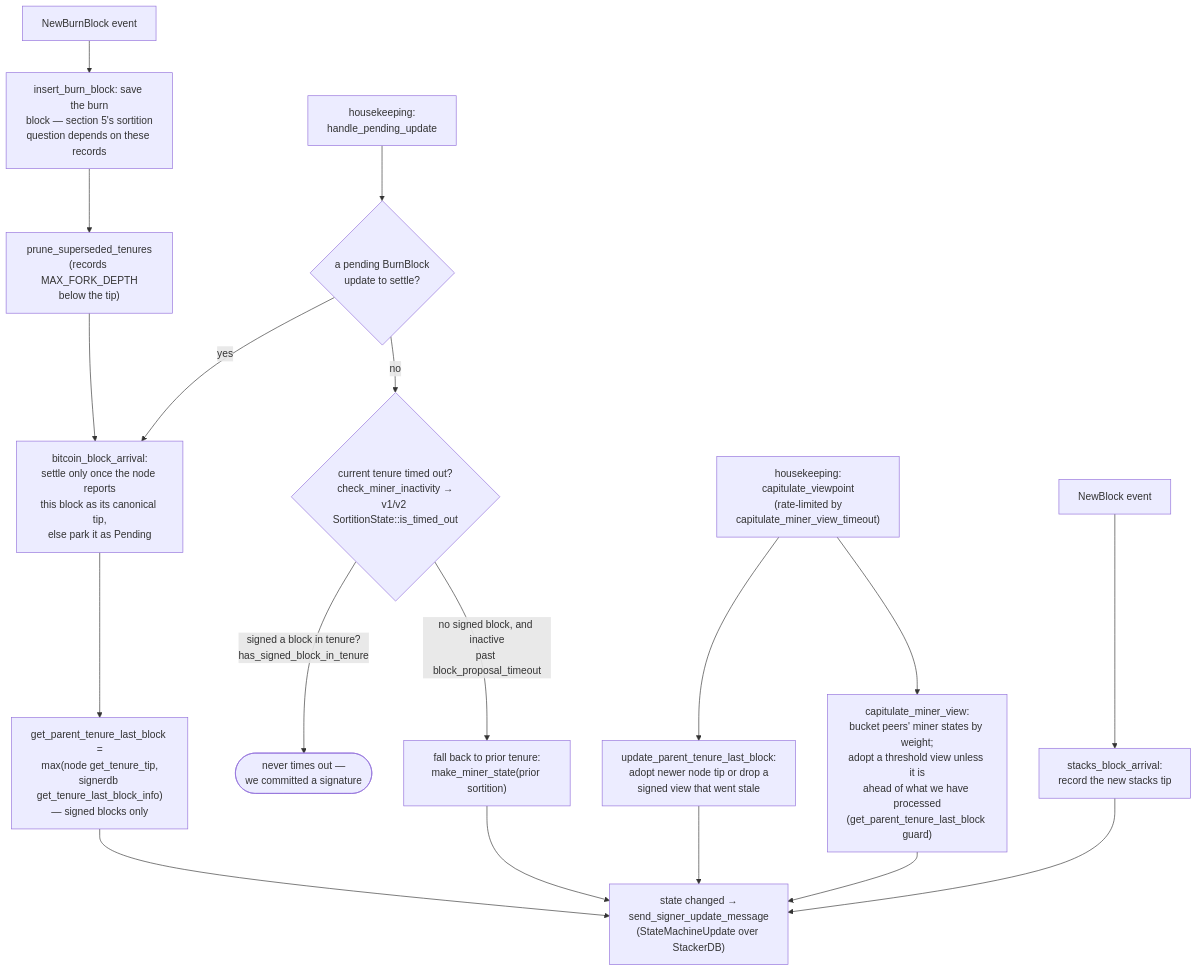
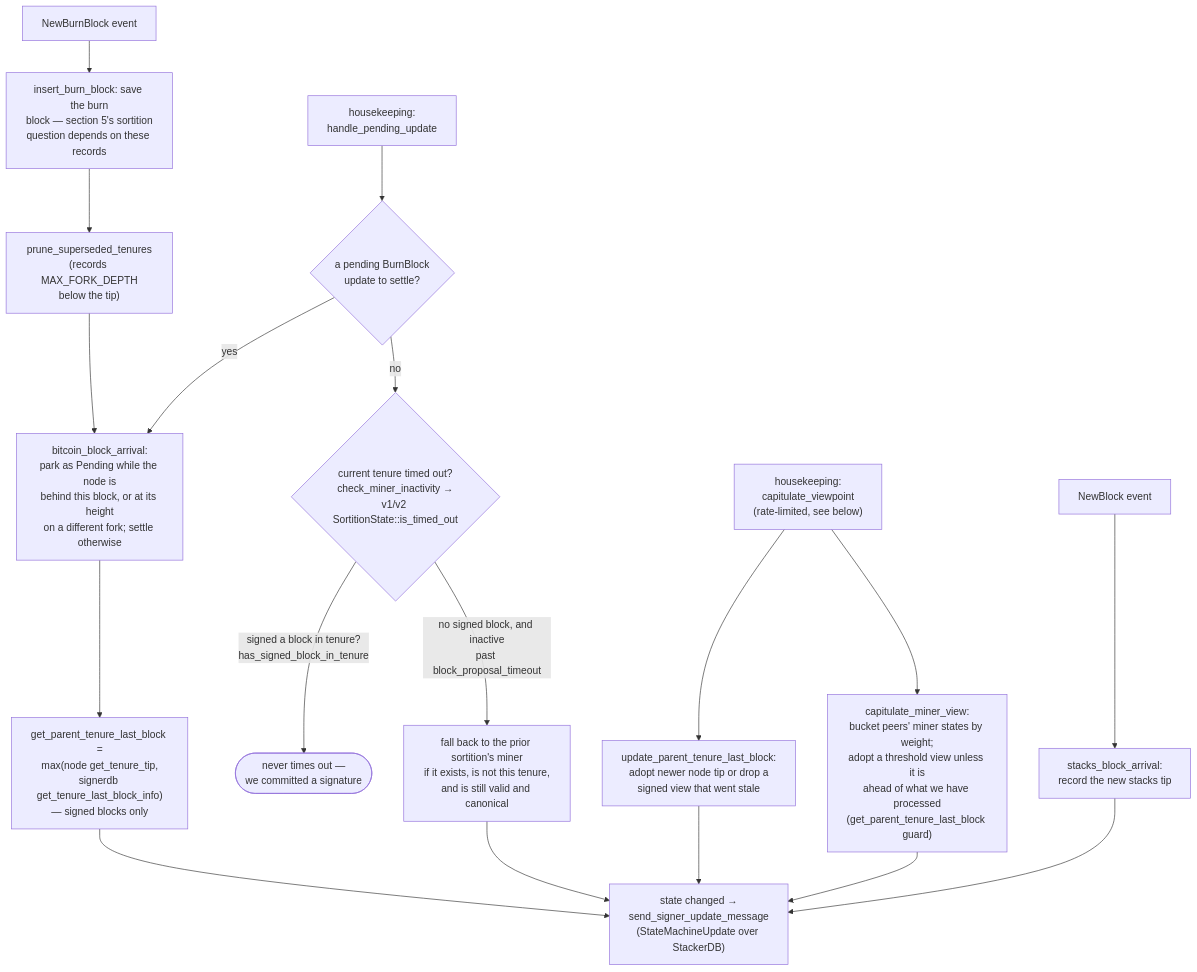
Before and after one commit to stacks-network/stacks-core: the ninth of 9 diagrams in docs/signer-flows.md, drawn with Mermaid. The commit also changed other lines of this file and 8 other files, not shown here.

````diff
--- a/docs/signer-flows.md
+++ b/docs/signer-flows.md
@@ -458,19 +509,19 @@
 ```mermaid
 flowchart TB
     BB["NewBurnBlock event"] --> SAVE["insert_burn_block: save the burn<br/>block — section 5's sortition<br/>question depends on these records"]
     SAVE --> PRUNE["prune_superseded_tenures<br/>(records MAX_FORK_DEPTH<br/>below the tip)"]
-    PRUNE --> ARR["bitcoin_block_arrival:<br/>settle only once the node reports<br/>this block as its canonical tip,<br/>else park it as Pending"]
+    PRUNE --> ARR["bitcoin_block_arrival:<br/>park as Pending while the node is<br/>behind this block, or at its height<br/>on a different fork; settle otherwise"]
     ARR --> GPT["get_parent_tenure_last_block =<br/>max(node get_tenure_tip,<br/>signerdb get_tenure_last_block_info)<br/>— signed blocks only"]
     HPU["housekeeping:<br/>handle_pending_update"] --> PEND{"a pending BurnBlock<br/>update to settle?"}
     PEND -- yes --> ARR
     PEND -- no --> TO{"current tenure timed out?<br/>check_miner_inactivity →<br/>v1/v2 SortitionState::is_timed_out"}
     TO -- "signed a block in tenure?<br/>has_signed_block_in_tenure" --> NEVER(["never times out —<br/>we committed a signature"])
-    TO -- "no signed block, and inactive<br/>past block_proposal_timeout" --> FALL["fall back to prior tenure:<br/>make_miner_state(prior sortition)"]
-    TICK["housekeeping:<br/>capitulate_viewpoint<br/>(rate-limited by<br/>capitulate_miner_view_timeout)"] --> UPD["update_parent_tenure_last_block:<br/>adopt newer node tip or drop a<br/>signed view that went stale"]
+    TO -- "no signed block, and inactive<br/>past block_proposal_timeout" --> FALL["fall back to the prior sortition's miner<br/>if it exists, is not this tenure,<br/>and is still valid and canonical"]
+    TICK["housekeeping:<br/>capitulate_viewpoint<br/>(rate-limited, see below)"] --> UPD["update_parent_tenure_last_block:<br/>adopt newer node tip or drop a<br/>signed view that went stale"]
     TICK --> CAP["capitulate_miner_view:<br/>bucket peers' miner states by weight;<br/>adopt a threshold view unless it is<br/>ahead of what we have processed<br/>(get_parent_tenure_last_block guard)"]
     GPT --> SEND["state changed →<br/>send_signer_update_message<br/>(StateMachineUpdate over StackerDB)"]
     FALL --> SEND
     UPD --> SEND
     CAP --> SEND
     NB["NewBlock event"] --> SBA["stacks_block_arrival:<br/>record the new stacks tip"] --> SEND
 ```
````
